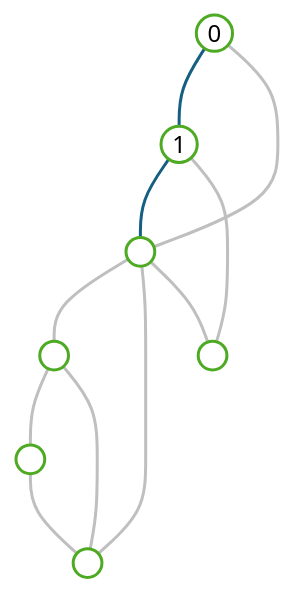
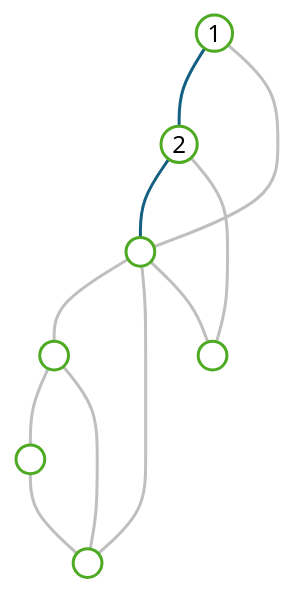
The fourth of 10 diagrams in module_06_graph_dfs/student/ppt_material.md (chaebkimm/data_structure_2026), drawn with Mermaid before and after one commit. The commit also changed other lines of this file, not shown here.

````diff
--- a/module_06_graph_dfs/student/ppt_material.md
+++ b/module_06_graph_dfs/student/ppt_material.md
@@ -119,26 +119,26 @@
 ```mermaid
 flowchart TB
-    n0(("0"))
     n1(("1"))
-    n2(("#160;"))
+    n2(("2"))
     n3(("#160;"))
     n4(("#160;"))
     n5(("#160;"))
     n6(("#160;"))
+    n7(("#160;"))
 
-    n0 --- n1
-    n0 --- n2
     n1 --- n2
-    n1 --- n6
+    n1 --- n3
     n2 --- n3
-    n2 --- n5
-    n2 --- n6
+    n2 --- n7
     n3 --- n4
-    n3 --- n5
+    n3 --- n6
+    n3 --- n7
     n4 --- n5
+    n4 --- n6
+    n5 --- n6
 
     classDef vertex fill:#ffffff,stroke:#4eaa23,stroke-width:2px,color:#000000
-    class n0,n1,n2,n3,n4,n5,n6 vertex
+    class n1,n2,n3,n4,n5,n6,n7 vertex
     linkStyle default stroke:#bfbfbf,stroke-width:2px
     linkStyle 0,2 stroke:#156082,stroke-width:2px
 ```
````
